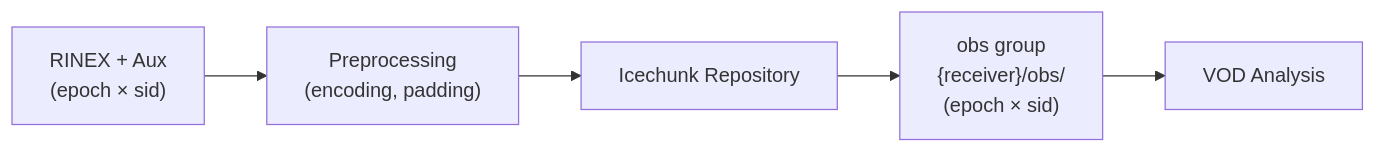
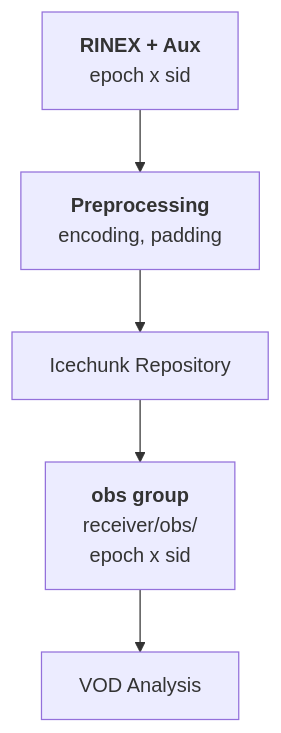
Before and after one commit to konstantinschellenberg/canvodpy: the diagram in docs/packages/store/overview.md, drawn with Mermaid. The commit also changed 38 other files, not shown here.

````diff
--- a/docs/packages/store/overview.md
+++ b/docs/packages/store/overview.md
@@ -44,7 +44,12 @@
 ```mermaid
-graph LR
-    A1["RINEX + Aux\n(epoch × sid)"] --> B["Preprocessing\n(encoding, padding)"]
+graph TD
+    A1["`**RINEX + Aux**
+    epoch x sid`"]
+    A1 --> B["`**Preprocessing**
+    encoding, padding`"]
     B --> C["Icechunk Repository"]
-    C --> D1["obs group\n{receiver}/obs/\n(epoch × sid)"]
+    C --> D1["`**obs group**
+    receiver/obs/
+    epoch x sid`"]
     D1 --> E["VOD Analysis"]
 ```
````
